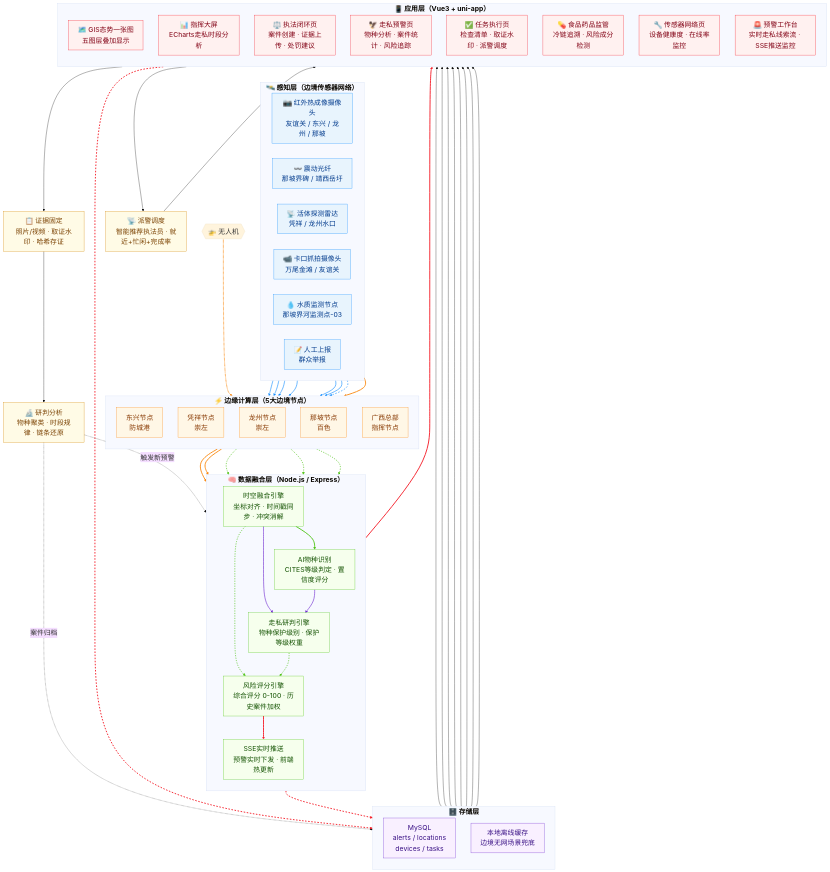
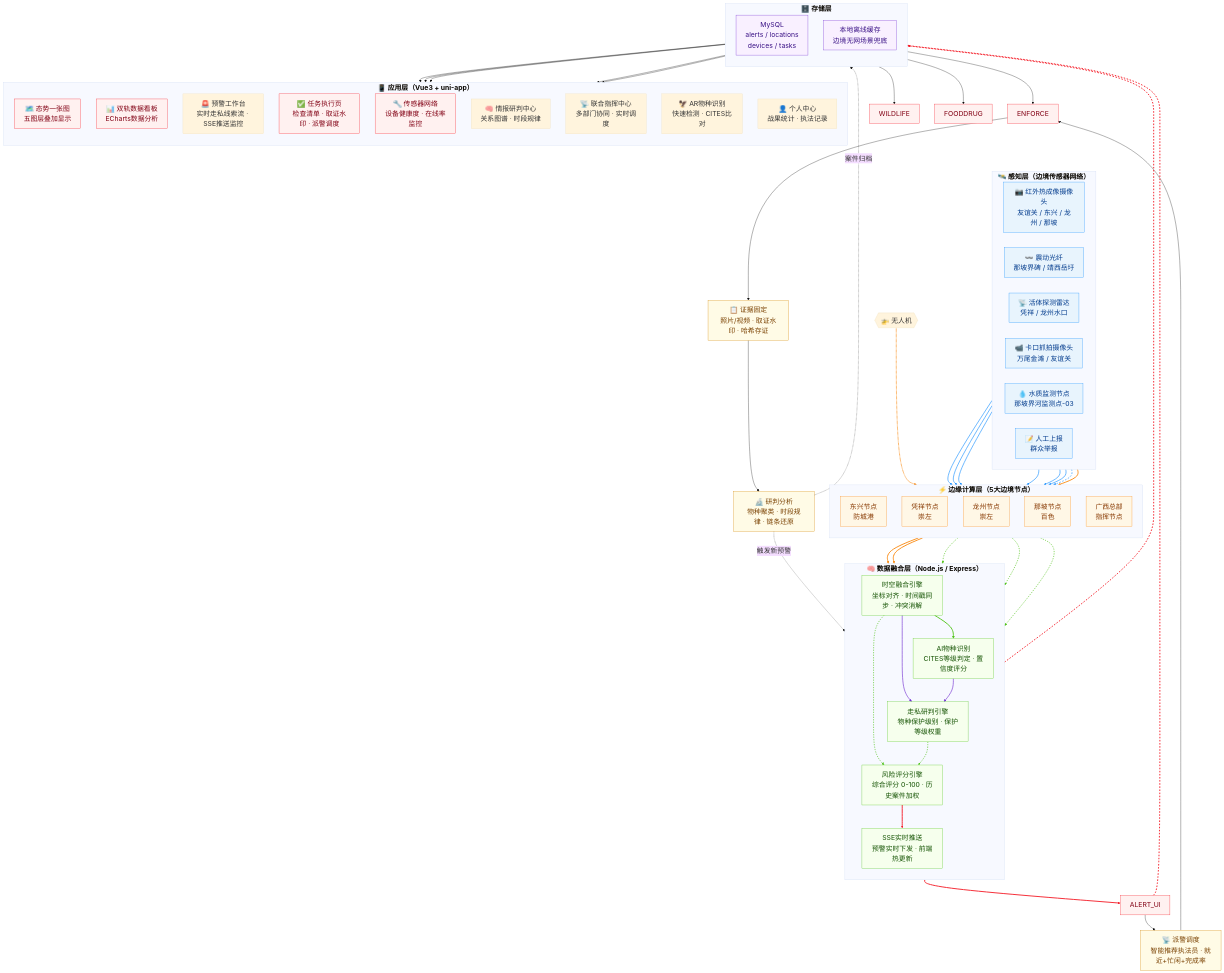
Before and after one commit to ppqqmeimei-create/reyanqinxiao: the diagram in README.md, drawn with Mermaid. The commit also changed 108 other files, not shown here.

```diff
--- a/README.md
+++ b/README.md
@@ -60,14 +60,15 @@
     %% ============ 应用层 ============
     subgraph APP["<b>📱 应用层（Vue3 + uni-app）</b>"]
         direction TB
-        GIS["🗺️ GIS态势一张图<br/>五图层叠加显示"]
-        DASH["📊 指挥大屏<br/>ECharts走私时段分析"]
-        ENFORCE["⚖️ 执法闭环页<br/>案件创建 · 证据上传 · 处罚建议"]
-        WILDLIFE["🦅 走私预警页<br/>物种分析 · 案件统计 · 风险追踪"]
+        GIS["🗺️ 态势一张图<br/>五图层叠加显示"]
+        DASH["📊 双轨数据看板<br/>ECharts数据分析"]
+        ALERT["🚨 预警工作台<br/>实时走私线索流 · SSE推送监控"]
         TASK["✅ 任务执行页<br/>检查清单 · 取证水印 · 派警调度"]
-        FOODDRUG["💊 食品药品监管<br/>冷链追溯 · 风险成分检测"]
-        DEV["🔧 传感器网络页<br/>设备健康度 · 在线率监控"]
-        ALERT_UI["🚨 预警工作台<br/>实时走私线索流 · SSE推送监控"]
+        DEV["🔧 传感器网络<br/>设备健康度 · 在线率监控"]
+        INTEL["🧠 情报研判中心<br/>关系图谱 · 时段规律"]
+        COMMAND["📡 联合指挥中心<br/>多部门协同 · 实时调度"]
+        SPECIES["🦅 AR物种识别<br/>快速检测 · CITES比对"]
+        PROFILE["👤 个人中心<br/>战果统计 · 执法记录"]
     end
 
     %% ============ 数据流向 ============
```
